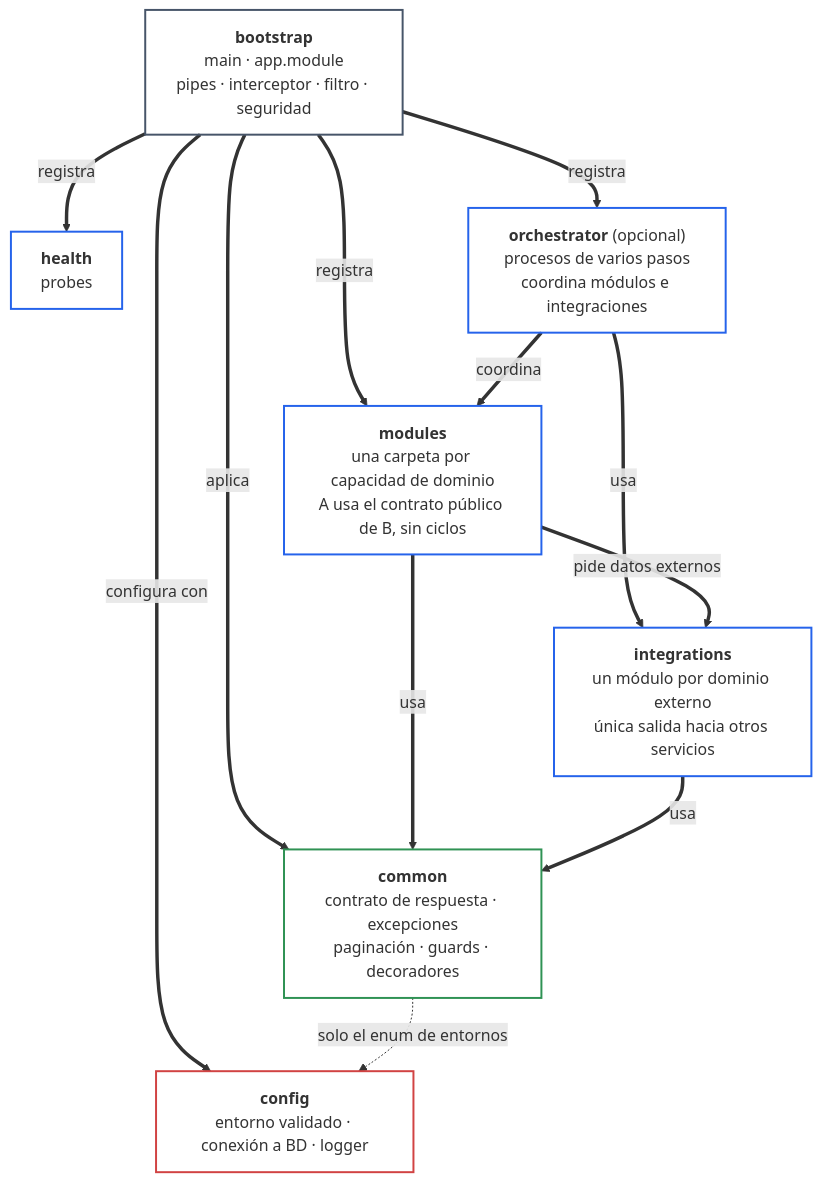
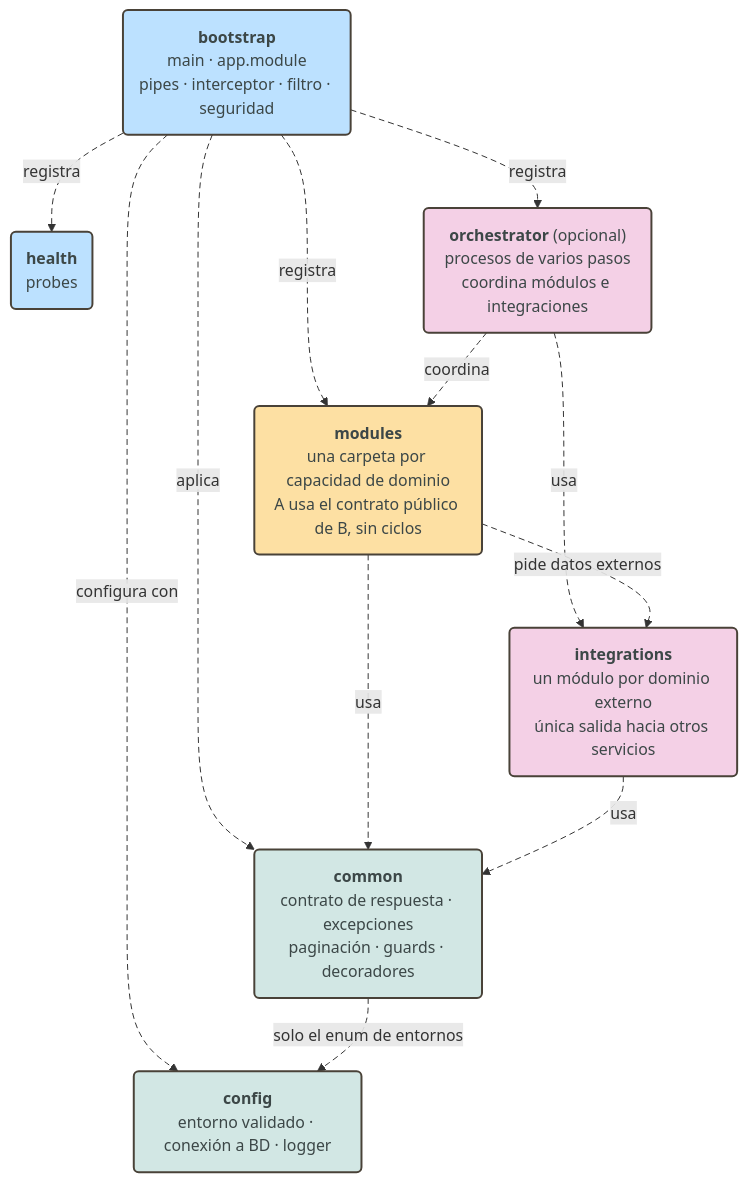
Before and after one commit to pcarroza91/nest-template: the second of 15 diagrams in docs/architecture/modular-microservice.md, drawn with Mermaid. The commit also changed other lines of this file and 2 other files, not shown here.

First line of the commit message:
docs(architecture): aplica el estilo pastel por rol a los diagramas Mermaid

````diff
--- a/docs/architecture/modular-microservice.md
+++ b/docs/architecture/modular-microservice.md
@@ -90,31 +87,32 @@
 ```mermaid
 flowchart TB
-    BOOT["<b>bootstrap</b><br/>main · app.module<br/>pipes · interceptor · filtro · seguridad"]
-    MOD["<b>modules</b><br/>una carpeta por capacidad de dominio<br/>A usa el contrato público de B, sin ciclos"]
-    HEALTH["<b>health</b><br/>probes"]
-    ORCH["<b>orchestrator</b> (opcional)<br/>procesos de varios pasos<br/>coordina módulos e integraciones"]
-    ORC["<b>integrations</b><br/>un módulo por dominio externo<br/>única salida hacia otros servicios"]
-    COMMON["<b>common</b><br/>contrato de respuesta · excepciones<br/>paginación · guards · decoradores"]
-    CONFIG["<b>config</b><br/>entorno validado · conexión a BD · logger"]
+    BOOT("<b>bootstrap</b><br/>main · app.module<br/>pipes · interceptor · filtro · seguridad")
+    MOD("<b>modules</b><br/>una carpeta por capacidad de dominio<br/>A usa el contrato público de B, sin ciclos")
+    HEALTH("<b>health</b><br/>probes")
+    ORCH("<b>orchestrator</b> (opcional)<br/>procesos de varios pasos<br/>coordina módulos e integraciones")
+    ORC("<b>integrations</b><br/>un módulo por dominio externo<br/>única salida hacia otros servicios")
+    COMMON("<b>common</b><br/>contrato de respuesta · excepciones<br/>paginación · guards · decoradores")
+    CONFIG("<b>config</b><br/>entorno validado · conexión a BD · logger")
 
-    BOOT == "registra" ==> MOD
-    BOOT == "registra" ==> HEALTH
-    BOOT == "registra" ==> ORCH
-    ORCH == "coordina" ==> MOD
-    ORCH == "usa" ==> ORC
-    BOOT == "configura con" ==> CONFIG
-    BOOT == "aplica" ==> COMMON
-    MOD == "usa" ==> COMMON
-    MOD == "pide datos externos" ==> ORC
-    ORC == "usa" ==> COMMON
+    BOOT -- "registra" --> MOD
+    BOOT -- "registra" --> HEALTH
+    BOOT -- "registra" --> ORCH
+    ORCH -- "coordina" --> MOD
+    ORCH -- "usa" --> ORC
+    BOOT -- "configura con" --> CONFIG
+    BOOT -- "aplica" --> COMMON
+    MOD -- "usa" --> COMMON
+    MOD -- "pide datos externos" --> ORC
+    ORC -- "usa" --> COMMON
     COMMON -. "solo el enum de entornos" .-> CONFIG
 
-    classDef app fill:transparent,stroke:#475569,stroke-width:2px
-    classDef feature fill:transparent,stroke:#2563eb,stroke-width:2px
-    classDef core fill:transparent,stroke:#d14343,stroke-width:2px
-    classDef shared fill:transparent,stroke:#2f9254,stroke-width:2px
-    class BOOT app
-    class MOD,HEALTH,ORC,ORCH feature
-    class CONFIG core
-    class COMMON shared
+    classDef entry fill:#bce1ff,stroke:#494238,stroke-width:2px,color:#3c4747
+    classDef domain fill:#fde0a3,stroke:#494238,stroke-width:2px,color:#3c4747
+    classDef flow fill:#f4d0e6,stroke:#494238,stroke-width:2px,color:#3c4747
+    classDef shared fill:#d2e7e4,stroke:#494238,stroke-width:2px,color:#3c4747
+    class BOOT,HEALTH entry
+    class MOD domain
+    class ORCH,ORC flow
+    class COMMON,CONFIG shared
+    linkStyle default stroke-dasharray:6 4
 ```
````
